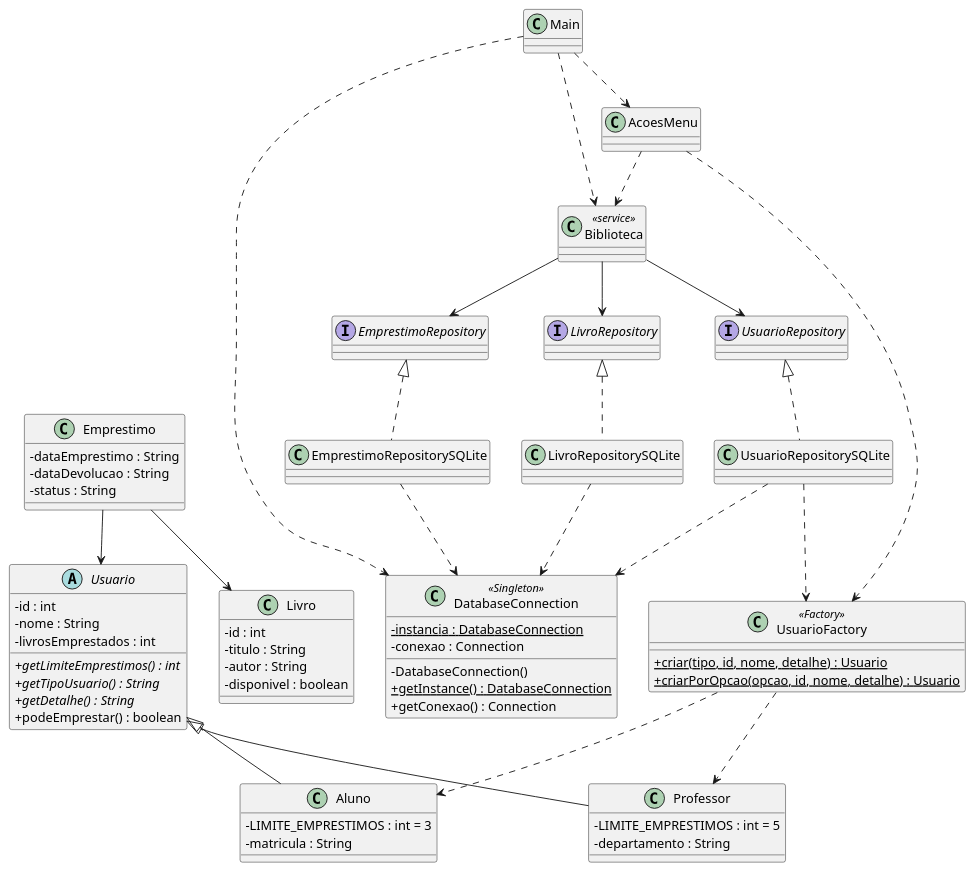
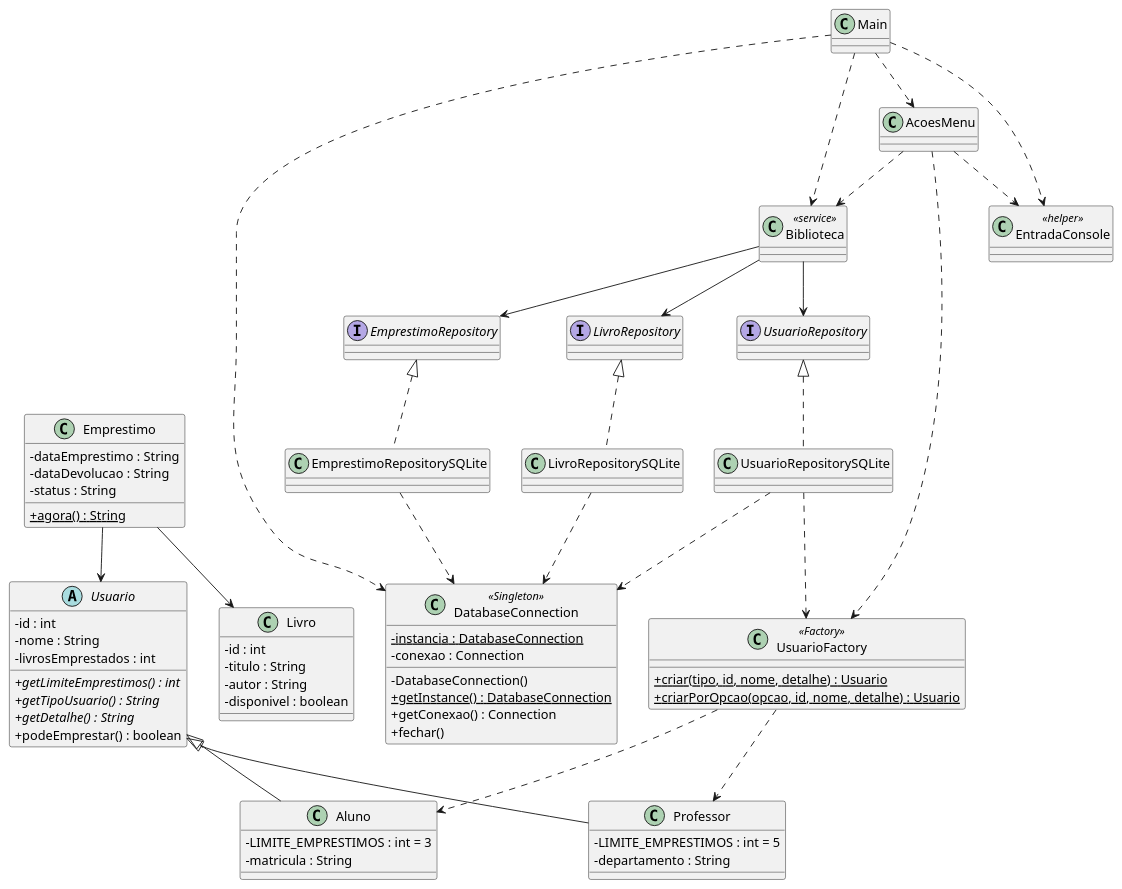
The second of 2 diagrams in N2/docs/diagrama-classes.md (Leonardolraf/Sistema-de-Biblioteca-em-Java), drawn with PlantUML before and after one commit. The commit also changed other lines of this file and 13 other files, not shown here.

First line of the commit message:
Add EntradaConsole and improve robustness

````diff
--- a/N2/docs/diagrama-classes.md
+++ b/N2/docs/diagrama-classes.md
@@ -178,6 +193,7 @@
   -dataEmprestimo : String
   -dataDevolucao : String
   -status : String
+  +{static} agora() : String
 }
 
 Usuario <|-- Aluno
@@ -198,6 +214,7 @@
   -DatabaseConnection()
   +{static} getInstance() : DatabaseConnection
   +getConexao() : Connection
+  +fechar()
 }
 
 interface LivroRepository
@@ -221,11 +238,14 @@
 Biblioteca --> EmprestimoRepository
 
 class AcoesMenu
+class EntradaConsole <<helper>>
 class Main
 AcoesMenu ..> Biblioteca
 AcoesMenu ..> UsuarioFactory
+AcoesMenu ..> EntradaConsole
 Main ..> Biblioteca
 Main ..> AcoesMenu
+Main ..> EntradaConsole
 Main ..> DatabaseConnection
 @enduml
 ```
````
